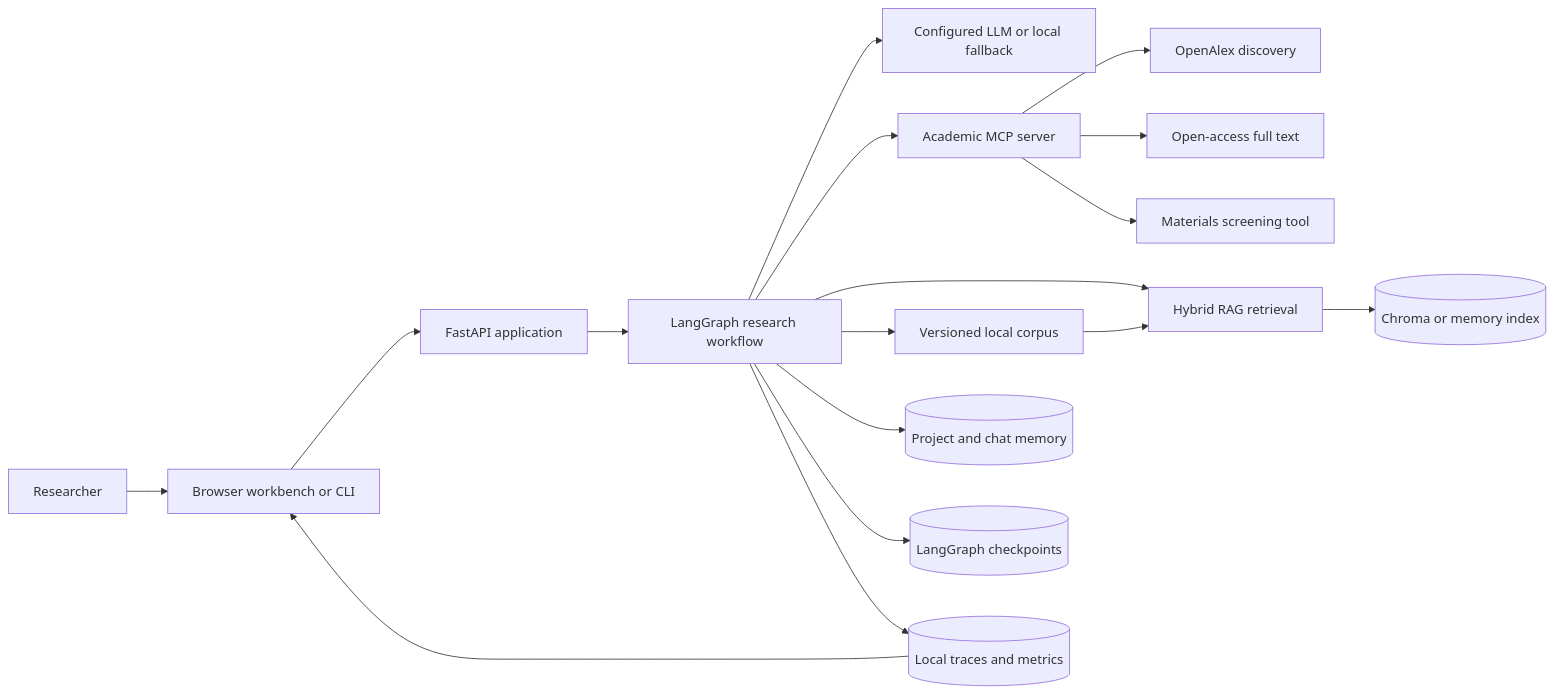
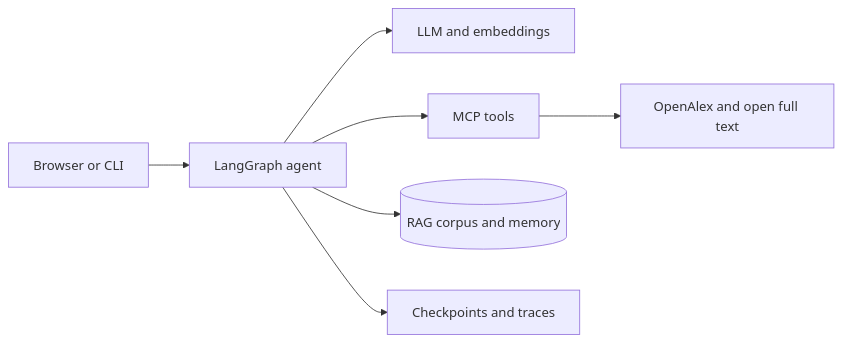
One commit to WilsonLiu2002/Scientific-Research-Agent changed the second of 4 diagrams in README.md. Above: the diagram before and after it, drawn with Mermaid. The commit also changed other lines of this file, not shown here.

Commit message:
docs: prioritize and simplify workflow diagrams

````diff
--- a/README.md
+++ b/README.md
@@ -59,22 +78,9 @@
 ```mermaid
 flowchart LR
-    USER[Researcher] --> UI[Browser workbench or CLI]
-    UI --> API[FastAPI application]
-    API --> GRAPH[LangGraph research workflow]
-
-    GRAPH --> LLM[Configured LLM or local fallback]
-    GRAPH --> MCP[Academic MCP server]
-    MCP --> OPENALEX[OpenAlex discovery]
-    MCP --> FULLTEXT[Open-access full text]
-    MCP --> MATERIALS[Materials screening tool]
-
-    GRAPH --> RAG[Hybrid RAG retrieval]
-    CORPUS[Versioned local corpus] --> RAG
-    GRAPH --> CORPUS
-    RAG --> INDEX[(Chroma or memory index)]
-
-    GRAPH --> MEMORY[(Project and chat memory)]
-    GRAPH --> CHECKPOINTS[(LangGraph checkpoints)]
-    GRAPH --> TRACES[(Local traces and metrics)]
-    TRACES --> UI
+    UI[Browser or CLI] --> AGENT[LangGraph agent]
+    AGENT --> MODELS[LLM and embeddings]
+    AGENT --> TOOLS[MCP tools]
+    AGENT --> DATA[(RAG corpus and memory)]
+    AGENT --> OBS[Checkpoints and traces]
+    TOOLS --> WEB[OpenAlex and open full text]
 ```
````
